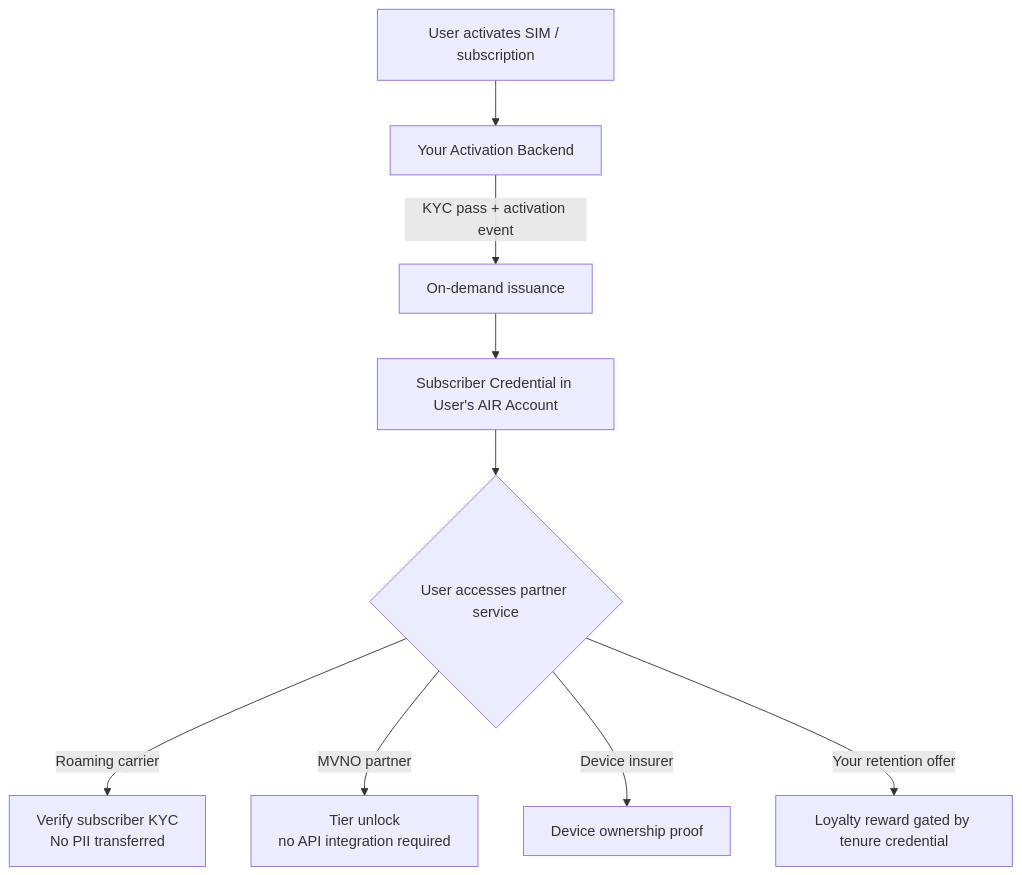
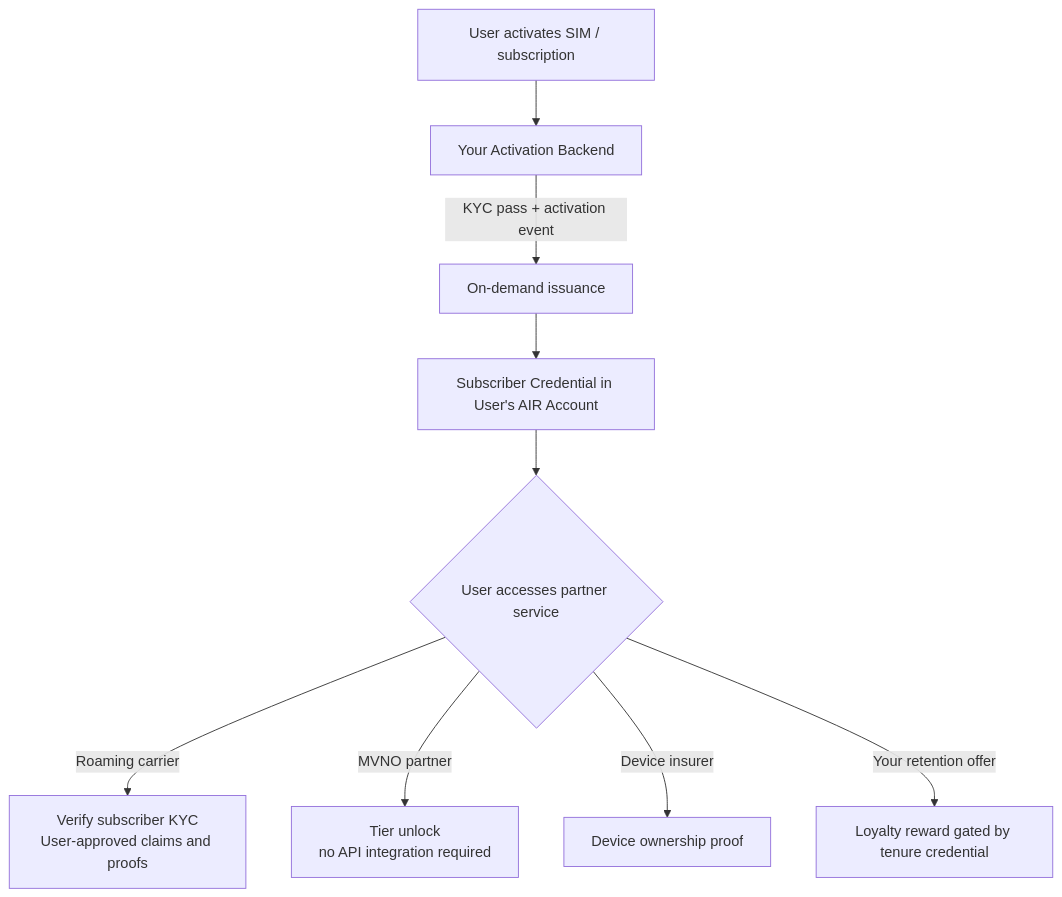
The diagram in solutions/telco.mdx (MocaNetwork/docs), drawn with Mermaid before and after one commit. The commit also changed other lines of this file and 4 other files, not shown here.

````diff
--- a/solutions/telco.mdx
+++ b/solutions/telco.mdx
@@ -95,12 +95,12 @@
 ```mermaid
 graph TD
     A["User activates SIM / subscription"] --> B[Your Activation Backend]
     B -->|KYC pass + activation event| C[On-demand issuance]
     C --> D[Subscriber Credential in User's AIR Account]
 
     D --> E{User accesses partner service}
-    E -->|Roaming carrier| F["Verify subscriber KYC\nNo PII transferred"]
+    E -->|Roaming carrier| F["Verify subscriber KYC\nUser-approved claims and proofs"]
     E -->|MVNO partner| G["Tier unlock\nno API integration required"]
     E -->|Device insurer| H["Device ownership proof"]
     E -->|Your retention offer| I["Loyalty reward gated by tenure credential"]
 ```
````
